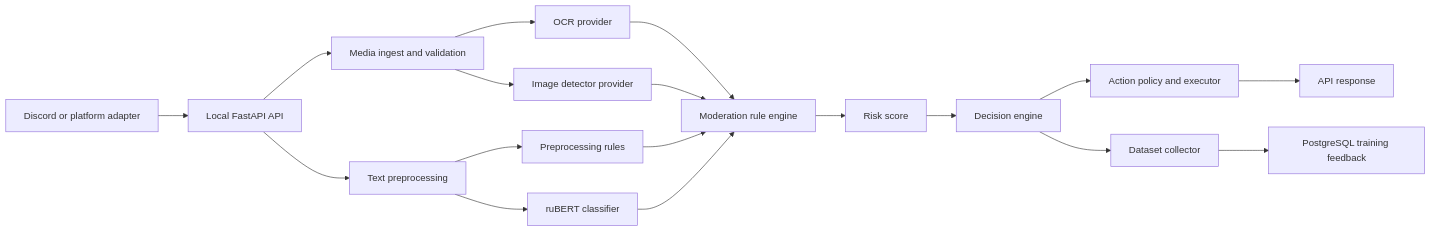
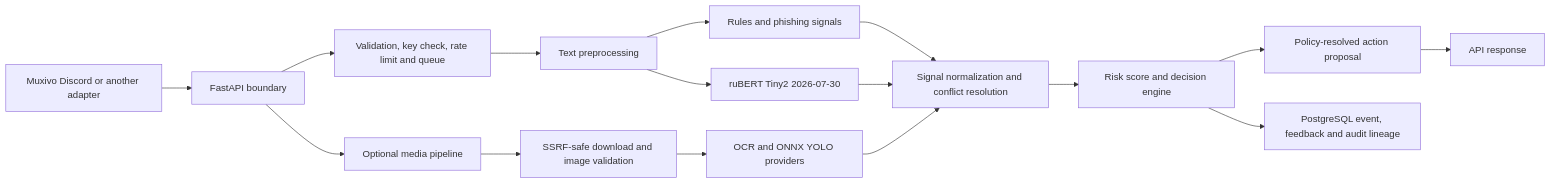
Before and after one commit to 6oT9lpa/muxivo-core: the diagram in README.md, drawn with Mermaid. The commit also changed other lines of this file and 10 other files, not shown here.

````diff
--- a/README.md
+++ b/README.md
@@ -114,20 +62,18 @@
 ```mermaid
 flowchart LR
-    A[Discord or platform adapter] --> B[Local FastAPI API]
-    B --> C[Text preprocessing]
-    B --> M[Media ingest and validation]
-    M --> N[OCR provider]
-    M --> O[Image detector provider]
-    N --> F
-    O --> F
-    C --> D[Preprocessing rules]
-    C --> E[ruBERT classifier]
-    D --> F[Moderation rule engine]
-    E --> F
-    F --> G[Risk score]
-    G --> H[Decision engine]
-    H --> I[Action policy and executor]
-    H --> J[Dataset collector]
-    I --> K[API response]
-    J --> L[PostgreSQL training feedback]
+    A["Muxivo Discord or another adapter"] --> B["FastAPI boundary"]
+    B --> C["Validation, key check, rate limit and queue"]
+    C --> D["Text preprocessing"]
+    D --> E["Rules and phishing signals"]
+    D --> F["ruBERT Tiny2 2026-07-30"]
+    E --> G["Signal normalization and conflict resolution"]
+    F --> G
+    G --> H["Risk score and decision engine"]
+    H --> I["Policy-resolved action proposal"]
+    H --> J["PostgreSQL event, feedback and audit lineage"]
+    B --> K["Optional media pipeline"]
+    K --> L["SSRF-safe download and image validation"]
+    L --> M["OCR and ONNX YOLO providers"]
+    M --> G
+    I --> N["API response"]
 ```
````
